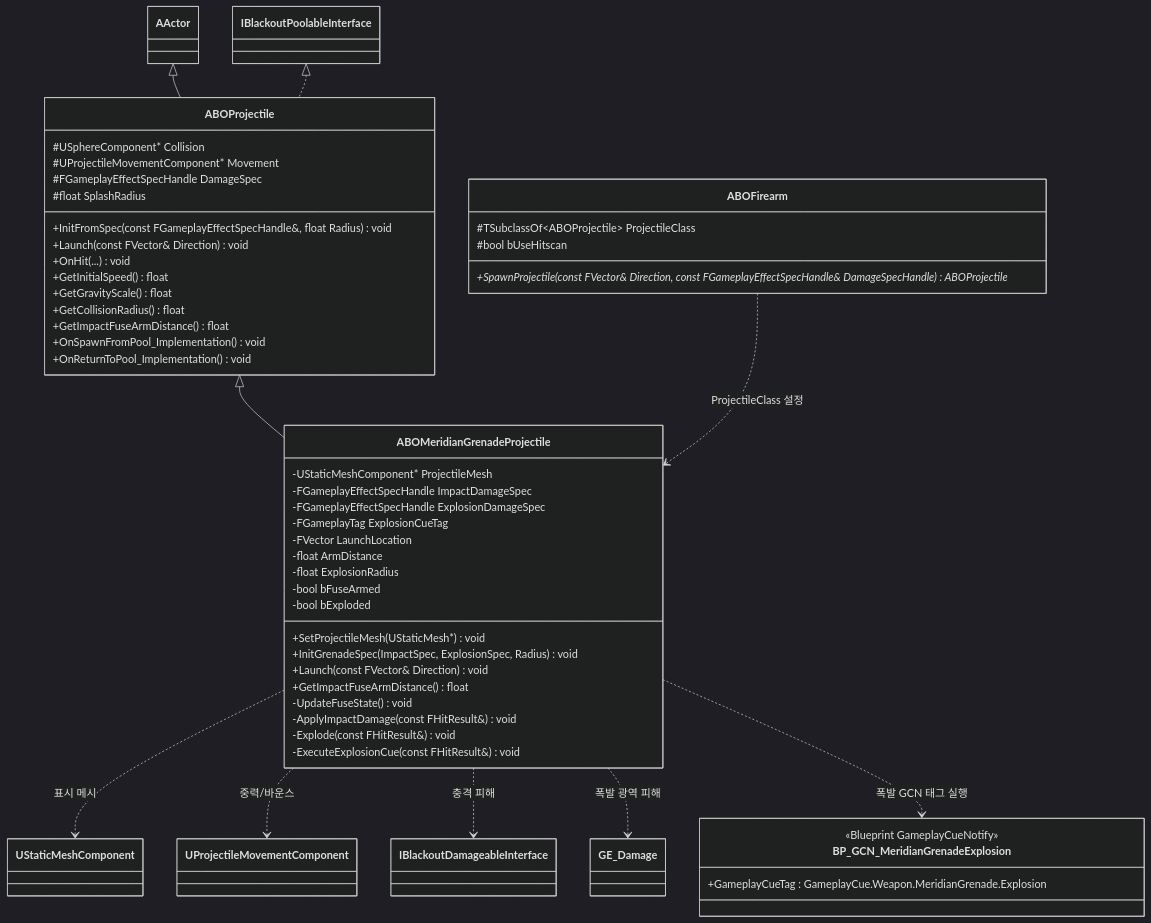
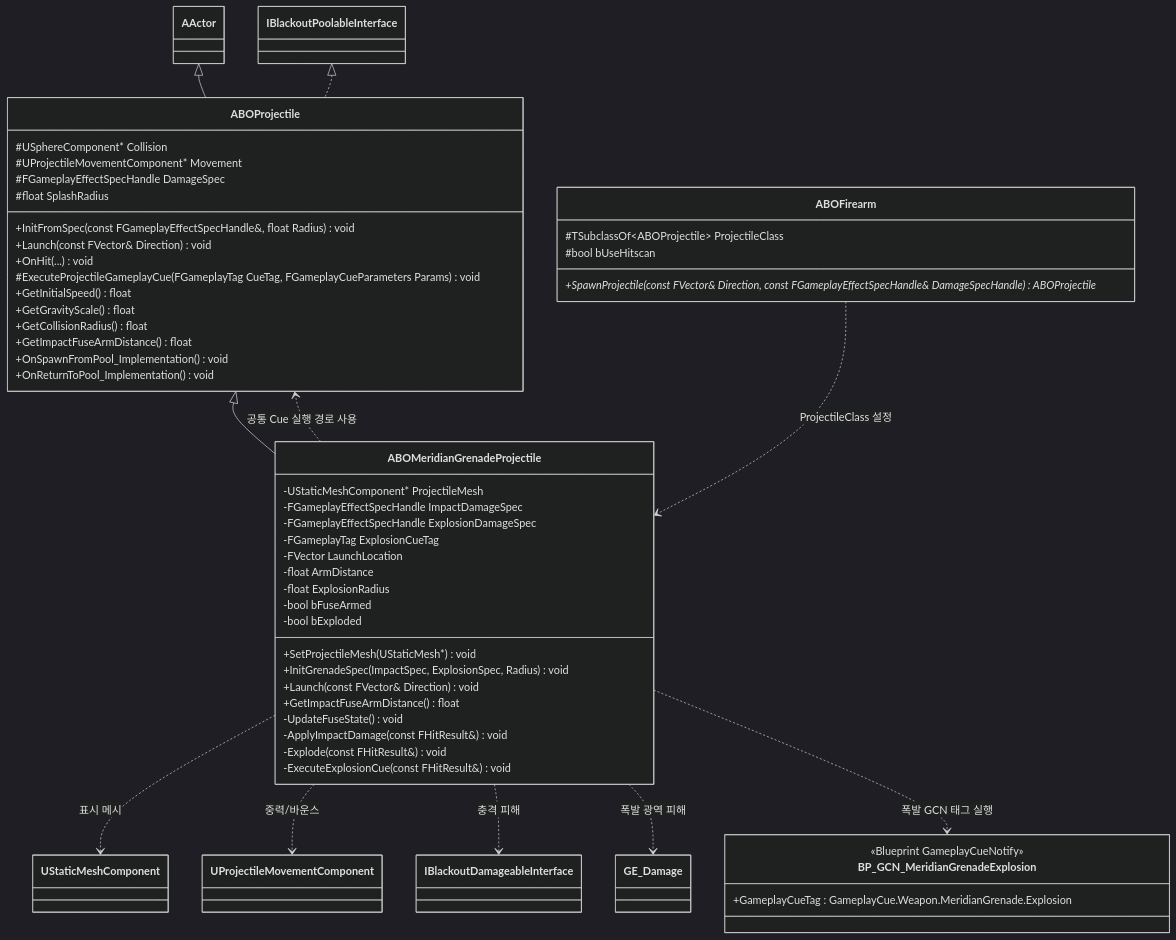
Before and after one commit to seongwon1579/ProjectBlackout: the diagram in Docs/Combat/08_Meridian_Grenade_Projectile.md, drawn with Mermaid (dark theme). The commit also changed other lines of this file and 2 other files, not shown here.

Commit message:
Docs: 투사체 Cue 실행 경로 설계 갱신
- Docs/Combat/02_Weapon_Hierarchy.md : ABOShrewdArrowExplosive 계층과 공통 Cue 실행 헬퍼 책임 추가

- Docs/Combat/08_Meridian_Grenade_Projectile.md : 메리디안 폭발 Cue가 기본 투사체 실행 경로를 재사용하도록 명시

- Docs/Combat/10_Weapon_GameplayCue_Set.md : 투사체 공통 Cue 실행 경로의 범위와 하위 클래스 책임 정리

````diff
--- a/Docs/Combat/08_Meridian_Grenade_Projectile.md
+++ b/Docs/Combat/08_Meridian_Grenade_Projectile.md
@@ -5,63 +5,65 @@
 ```mermaid
 classDiagram
     direction TB
 
     AActor <|-- ABOProjectile
     ABOProjectile <|-- ABOMeridianGrenadeProjectile
 
     IBlackoutPoolableInterface <|.. ABOProjectile
 
     class ABOFirearm {
         #TSubclassOf~ABOProjectile~ ProjectileClass
         #bool bUseHitscan
         +SpawnProjectile(const FVector& Direction, const FGameplayEffectSpecHandle& DamageSpecHandle) ABOProjectile*
     }
 
     class ABOProjectile {
         #USphereComponent* Collision
         #UProjectileMovementComponent* Movement
         #FGameplayEffectSpecHandle DamageSpec
         #float SplashRadius
         +InitFromSpec(const FGameplayEffectSpecHandle&, float Radius) void
         +Launch(const FVector& Direction) void
         +OnHit(...) void
+        #ExecuteProjectileGameplayCue(FGameplayTag CueTag, FGameplayCueParameters Params) void
         +GetInitialSpeed() float
         +GetGravityScale() float
         +GetCollisionRadius() float
         +GetImpactFuseArmDistance() float
         +OnSpawnFromPool_Implementation() void
         +OnReturnToPool_Implementation() void
     }
 
     class ABOMeridianGrenadeProjectile {
         -UStaticMeshComponent* ProjectileMesh
         -FGameplayEffectSpecHandle ImpactDamageSpec
         -FGameplayEffectSpecHandle ExplosionDamageSpec
         -FGameplayTag ExplosionCueTag
         -FVector LaunchLocation
         -float ArmDistance
         -float ExplosionRadius
         -bool bFuseArmed
         -bool bExploded
         +SetProjectileMesh(UStaticMesh*) void
         +InitGrenadeSpec(ImpactSpec, ExplosionSpec, Radius) void
         +Launch(const FVector& Direction) void
         +GetImpactFuseArmDistance() float
         -UpdateFuseState() void
         -ApplyImpactDamage(const FHitResult&) void
         -Explode(const FHitResult&) void
         -ExecuteExplosionCue(const FHitResult&) void
     }
 
     class BP_GCN_MeridianGrenadeExplosion {
         <<Blueprint GameplayCueNotify>>
         +GameplayCueTag : GameplayCue.Weapon.MeridianGrenade.Explosion
     }
 
     ABOFirearm ..> ABOMeridianGrenadeProjectile : ProjectileClass 설정
     ABOMeridianGrenadeProjectile ..> UStaticMeshComponent : 표시 메시
     ABOMeridianGrenadeProjectile ..> UProjectileMovementComponent : 중력/바운스
     ABOMeridianGrenadeProjectile ..> IBlackoutDamageableInterface : 충격 피해
     ABOMeridianGrenadeProjectile ..> GE_Damage : 폭발 광역 피해
+    ABOMeridianGrenadeProjectile ..> ABOProjectile : 공통 Cue 실행 경로 사용
     ABOMeridianGrenadeProjectile ..> BP_GCN_MeridianGrenadeExplosion : 폭발 GCN 태그 실행
 ```
````
